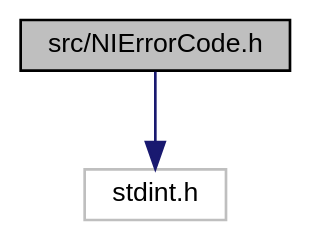
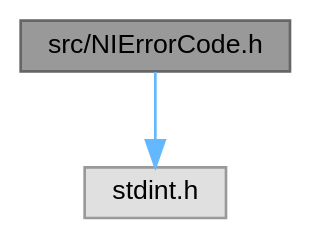
Before and after one commit to NuclearInstruments/SCISDK: the diagram in _n_i_error_code_8h__incl.dot, drawn with Graphviz. The commit also changed 438 other files, not shown here.

```diff
--- a/_n_i_error_code_8h__incl.dot
+++ b/_n_i_error_code_8h__incl.dot
@@ -1,10 +1,10 @@
 digraph "src/NIErrorCode.h"
 {
  // LATEX_PDF_SIZE
   bgcolor="transparent";
-  edge [fontname="Helvetica",fontsize="10",labelfontname="Helvetica",labelfontsize="10"];
-  node [fontname="Helvetica",fontsize="10",shape=record];
-  Node1 [label="src/NIErrorCode.h",height=0.2,width=0.4,color="black", fillcolor="grey75", style="filled", fontcolor="black",tooltip=" "];
-  Node1 -> Node2 [color="midnightblue",fontsize="10",style="solid",fontname="Helvetica"];
-  Node2 [label="stdint.h",height=0.2,width=0.4,color="grey75",tooltip=" "];
+  edge [fontname=Helvetica,fontsize=10,labelfontname=Helvetica,labelfontsize=10];
+  node [fontname=Helvetica,fontsize=10,shape=box,height=0.2,width=0.4];
+  Node1 [id="Node000001",label="src/NIErrorCode.h",height=0.2,width=0.4,color="gray40", fillcolor="grey60", style="filled", fontcolor="black",tooltip=" "];
+  Node1 -> Node2 [id="edge1_Node000001_Node000002",color="steelblue1",style="solid",tooltip=" "];
+  Node2 [id="Node000002",label="stdint.h",height=0.2,width=0.4,color="grey60", fillcolor="#E0E0E0", style="filled",tooltip=" "];
 }
```
